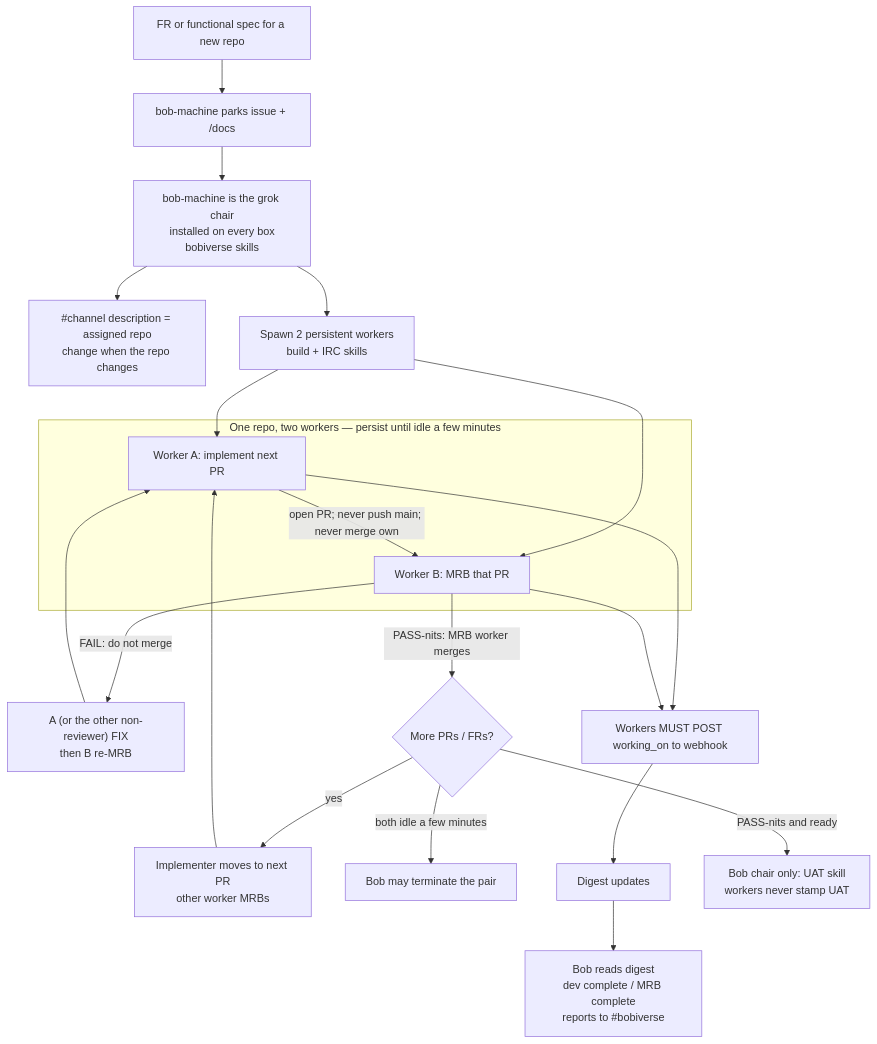
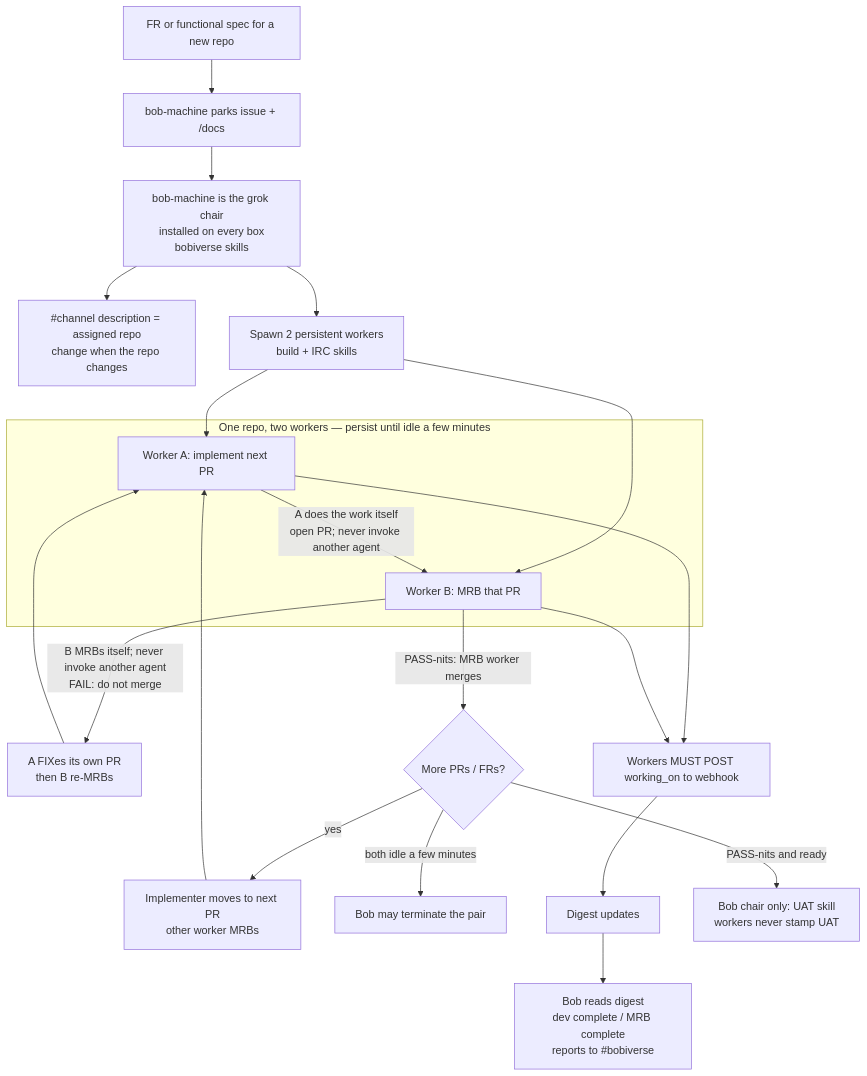
The diagram in README.md (SimonBarnett/agentic_build), drawn with Mermaid before and after one commit. The commit also changed 2 other files, not shown here.

Commit message:
docs: workers do their own work; no nested agent invoke

````diff
--- a/README.md
+++ b/README.md
@@ -68,29 +68,29 @@
 ```mermaid
 flowchart TB
   IN["FR or functional spec for a new repo"]
   IN --> PARK["bob-machine parks issue + /docs"]
   PARK --> CHAIR["bob-machine is the grok chair\ninstalled on every box\nbobiverse skills"]
   CHAIR --> DESC["#channel description = assigned repo\nchange when the repo changes"]
   CHAIR --> PAIR["Spawn 2 persistent workers\nbuild + IRC skills"]
 
   subgraph PAIRBOX["One repo, two workers — persist until idle a few minutes"]
     WA["Worker A: implement next PR"]
     WB["Worker B: MRB that PR"]
   end
 
   PAIR --> WA
   PAIR --> WB
-  WA -->|"open PR; never push main; never merge own"| WB
-  WB -->|"FAIL: do not merge"| FIX["A (or the other non-reviewer) FIX\nthen B re-MRB"]
+  WA -->|"A does the work itself\nopen PR; never invoke another agent"| WB
+  WB -->|"B MRBs itself; never invoke another agent\nFAIL: do not merge"| FIX["A FIXes its own PR\nthen B re-MRBs"]
   FIX --> WA
   WB -->|"PASS-nits: MRB worker merges"| NEXT{"More PRs / FRs?"}
   NEXT -->|yes| SWAP["Implementer moves to next PR\nother worker MRBs"]
   SWAP --> WA
   NEXT -->|both idle a few minutes| STOP["Bob may terminate the pair"]
 
   WA --> POST["Workers MUST POST working_on to webhook"]
   WB --> POST
   POST --> DIG["Digest updates"]
   DIG --> SAY["Bob reads digest\ndev complete / MRB complete\nreports to #bobiverse"]
   NEXT -->|PASS-nits and ready| UAT["Bob chair only: UAT skill\nworkers never stamp UAT"]
 ```
````
